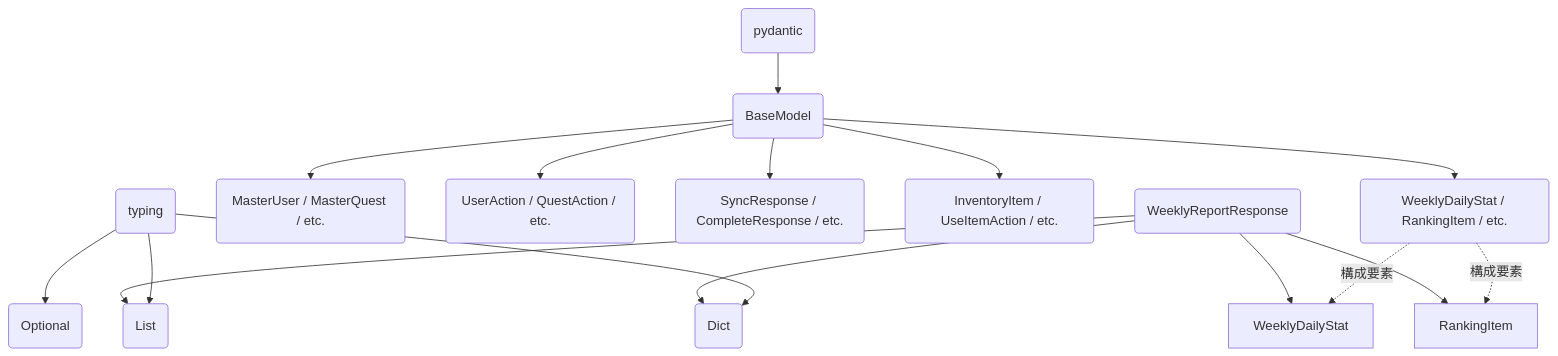
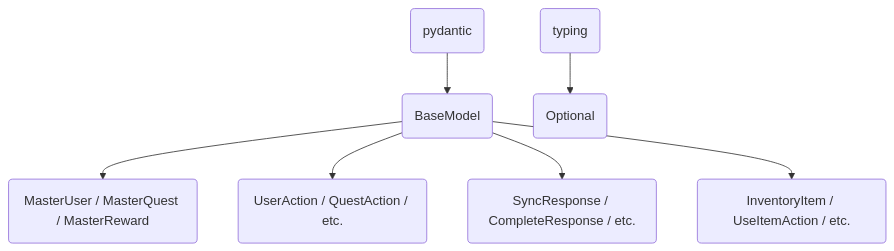
One commit to mmtigers/my_python_project changed the second of 2 diagrams in docs/specifications/MY_HOME_SYSTEM/quest.md. Above: the diagram before and after it, drawn with Mermaid. The commit also changed other lines of this file and 3 other files, not shown here.

````diff
--- a/docs/specifications/MY_HOME_SYSTEM/quest.md
+++ b/docs/specifications/MY_HOME_SYSTEM/quest.md
@@ -630,21 +466,11 @@
 ```mermaid
 graph TD
     pydantic("pydantic") --> BaseModel("BaseModel")
     typing("typing") --> Optional("Optional")
-    typing --> List("List")
-    typing --> Dict("Dict")
-    
-    BaseModel --> MasterModels("MasterUser / MasterQuest / etc.")
+
+    BaseModel --> MasterModels("MasterUser / MasterQuest / MasterReward")
     BaseModel --> ActionModels("UserAction / QuestAction / etc.")
     BaseModel --> ResponseModels("SyncResponse / CompleteResponse / etc.")
     BaseModel --> InventoryModels("InventoryItem / UseItemAction / etc.")
-    BaseModel --> AnalyticsModels("WeeklyDailyStat / RankingItem / etc.")
-
-    AnalyticsModels -. 構成要素 .-> WeeklyDailyStat
-    AnalyticsModels -. 構成要素 .-> RankingItem
-    WeeklyReportResponse("WeeklyReportResponse") --> List
-    WeeklyReportResponse --> Dict
-    WeeklyReportResponse --> WeeklyDailyStat
-    WeeklyReportResponse --> RankingItem
 
 ```
````
